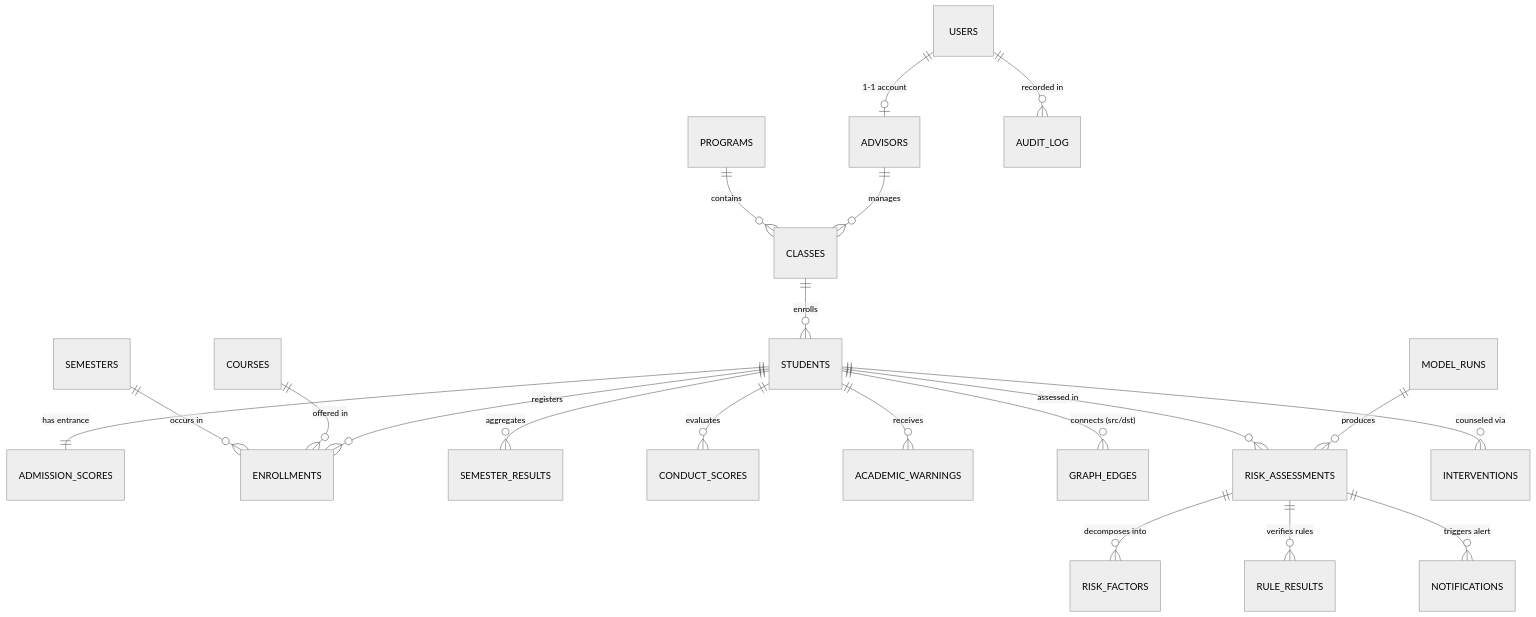
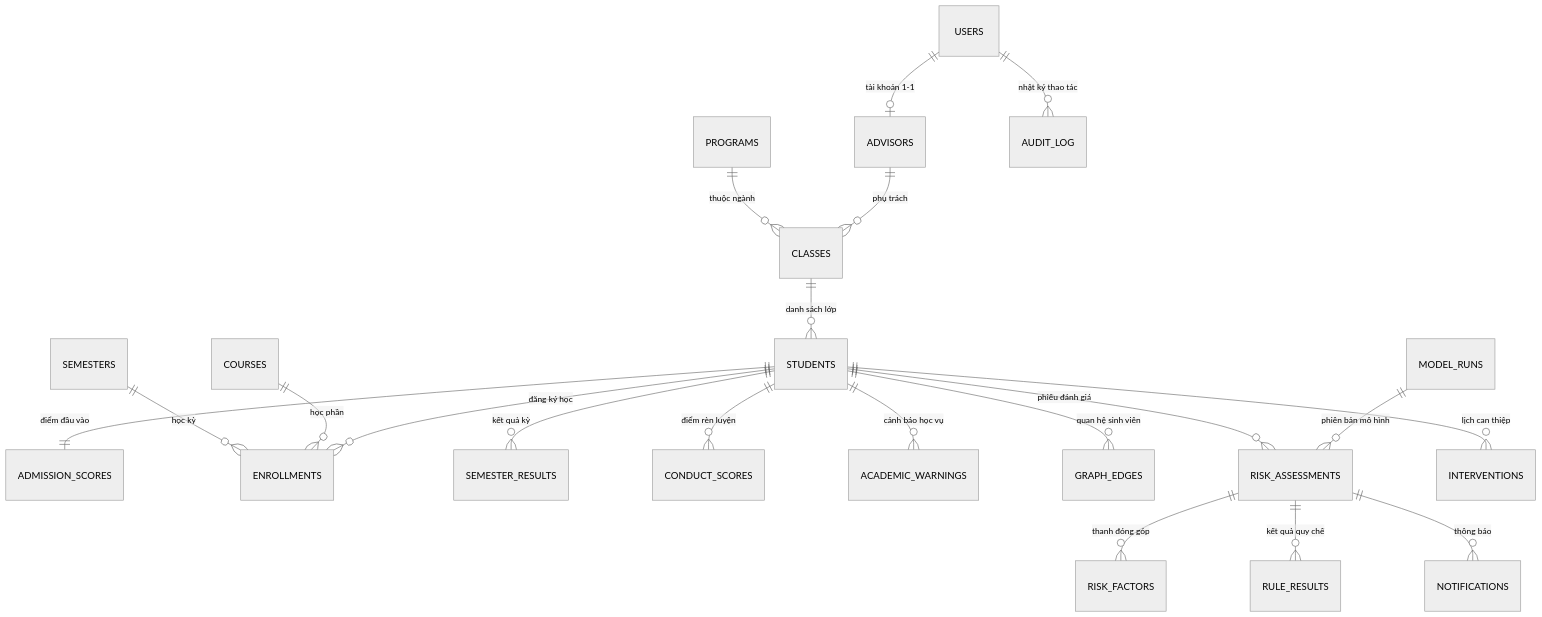
Before and after one commit to danielhuynh-04/edualert-hexagonal-gnn: the seventh of 9 diagrams in README.md, drawn with Mermaid (neutral theme). The commit also changed other lines of this file and 1 other file, not shown here.

````diff
--- a/README.md
+++ b/README.md
@@ -316,22 +320,22 @@
 ```mermaid
 erDiagram
-    USERS ||--o| ADVISORS : "1-1 account"
-    ADVISORS ||--o{ CLASSES : "manages"
-    PROGRAMS ||--o{ CLASSES : "contains"
-    CLASSES ||--o{ STUDENTS : "enrolls"
-    STUDENTS ||--|| ADMISSION_SCORES : "has entrance"
-    STUDENTS ||--o{ ENROLLMENTS : "registers"
-    COURSES ||--o{ ENROLLMENTS : "offered in"
-    SEMESTERS ||--o{ ENROLLMENTS : "occurs in"
-    STUDENTS ||--o{ SEMESTER_RESULTS : "aggregates"
-    STUDENTS ||--o{ CONDUCT_SCORES : "evaluates"
-    STUDENTS ||--o{ ACADEMIC_WARNINGS : "receives"
-    STUDENTS ||--o{ GRAPH_EDGES : "connects (src/dst)"
-    MODEL_RUNS ||--o{ RISK_ASSESSMENTS : "produces"
-    STUDENTS ||--o{ RISK_ASSESSMENTS : "assessed in"
-    RISK_ASSESSMENTS ||--o{ RISK_FACTORS : "decomposes into"
-    RISK_ASSESSMENTS ||--o{ RULE_RESULTS : "verifies rules"
-    STUDENTS ||--o{ INTERVENTIONS : "counseled via"
-    RISK_ASSESSMENTS ||--o{ NOTIFICATIONS : "triggers alert"
-    USERS ||--o{ AUDIT_LOG : "recorded in"
+    USERS ||--o| ADVISORS : "tài khoản 1-1"
+    ADVISORS ||--o{ CLASSES : "phụ trách"
+    PROGRAMS ||--o{ CLASSES : "thuộc ngành"
+    CLASSES ||--o{ STUDENTS : "danh sách lớp"
+    STUDENTS ||--|| ADMISSION_SCORES : "điểm đầu vào"
+    STUDENTS ||--o{ ENROLLMENTS : "đăng ký học"
+    COURSES ||--o{ ENROLLMENTS : "học phần"
+    SEMESTERS ||--o{ ENROLLMENTS : "học kỳ"
+    STUDENTS ||--o{ SEMESTER_RESULTS : "kết quả kỳ"
+    STUDENTS ||--o{ CONDUCT_SCORES : "điểm rèn luyện"
+    STUDENTS ||--o{ ACADEMIC_WARNINGS : "cảnh báo học vụ"
+    STUDENTS ||--o{ GRAPH_EDGES : "quan hệ sinh viên"
+    MODEL_RUNS ||--o{ RISK_ASSESSMENTS : "phiên bản mô hình"
+    STUDENTS ||--o{ RISK_ASSESSMENTS : "phiếu đánh giá"
+    RISK_ASSESSMENTS ||--o{ RISK_FACTORS : "thanh đóng góp"
+    RISK_ASSESSMENTS ||--o{ RULE_RESULTS : "kết quả quy chế"
+    STUDENTS ||--o{ INTERVENTIONS : "lịch can thiệp"
+    RISK_ASSESSMENTS ||--o{ NOTIFICATIONS : "thông báo"
+    USERS ||--o{ AUDIT_LOG : "nhật ký thao tác"
 ```
````
